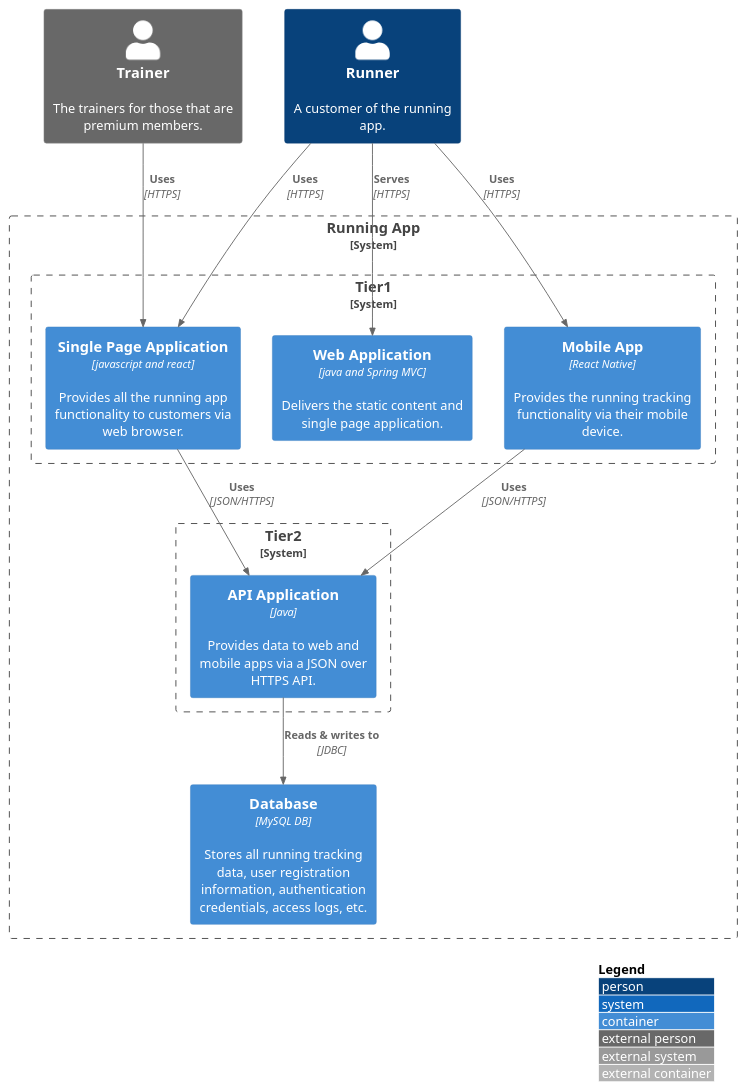
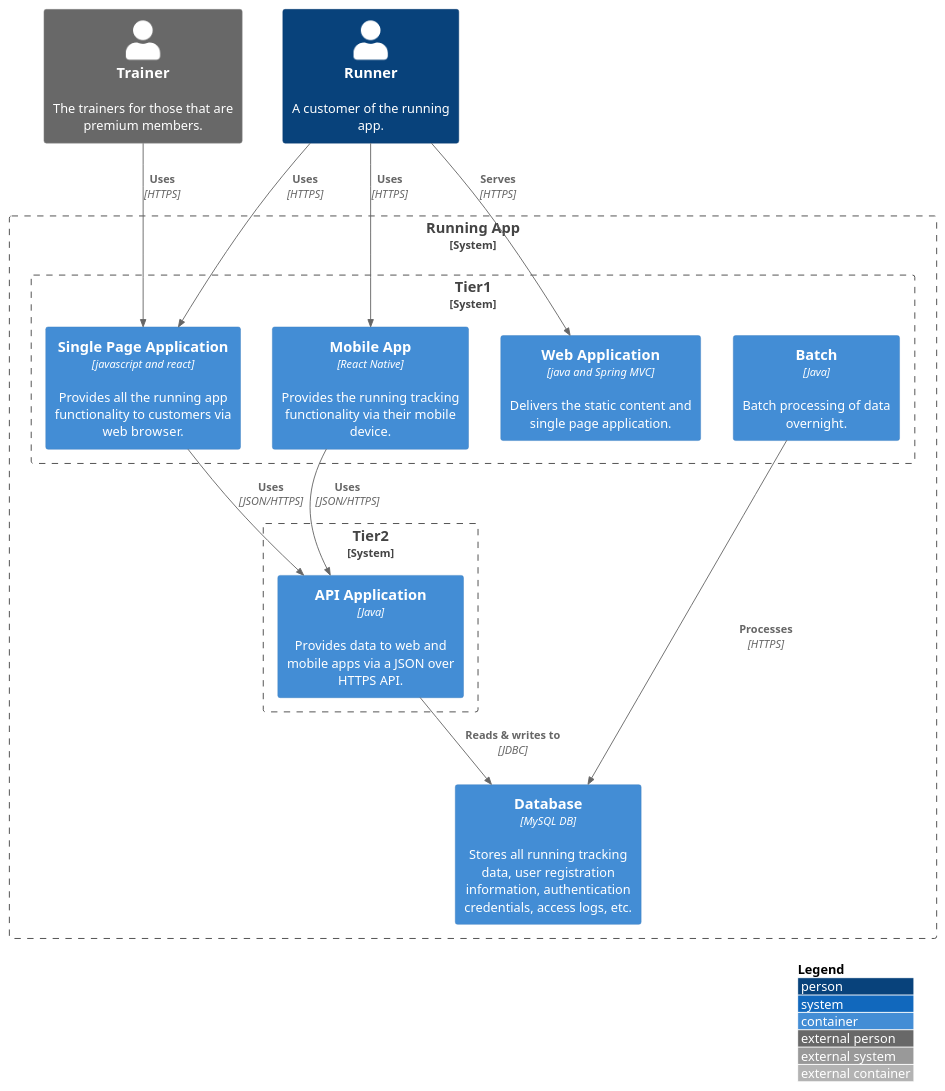
Before and after one commit to SilvioAmaral/SolutionAchitecture: the diagram in src/1 System Context Diagram/1.1 Container Diagram/container.puml, drawn with PlantUML. The commit also changed 5 other files, not shown here.

```diff
--- a/src/1 System Context Diagram/1.1 Container Diagram/container.puml
+++ b/src/1 System Context Diagram/1.1 Container Diagram/container.puml
@@ -1,31 +1,33 @@
 @startuml container
 !include ../../../C4-PlantUML/C4_Container.puml
 
 LAYOUT_WITH_LEGEND()
 
 Person(rnr, "Runner", "A customer of the running app.")
 Person_Ext(trn, "Trainer", "The trainers for those that are premium members.")
 System_Boundary(bnd, "Running App") {
     System_Boundary(tier1, "Tier1"){
         Container(web, "Web Application", "java and Spring MVC", "Delivers the static content and single page application.")
         Container(spa, "Single Page Application", "javascript and react", "Provides all the running app functionality to customers via web browser.")
         Container(mob, "Mobile App", "React Native", "Provides the running tracking functionality via their mobile device.")
+        Container(batch, "Batch", "Java", "Batch processing of data overnight.")
     }
 
     System_Boundary(tier2, "Tier2"){
         Container(api, "API Application", "Java", "Provides data to web and mobile apps via a JSON over HTTPS API.")        
     }
     
     Container(db, "Database", "MySQL DB", "Stores all running tracking data, user registration information, authentication credentials, access logs, etc.")
 
     Rel(api, db, "Reads & writes to", "JDBC")
     Rel(spa, api, "Uses", "JSON/HTTPS")
     Rel(mob, api, "Uses", "JSON/HTTPS")
 
 }
 
 Rel(rnr, web, "Serves", "HTTPS")
 Rel(rnr, spa, "Uses", "HTTPS")
 Rel(rnr, mob, "Uses", "HTTPS")
 Rel(trn, spa, "Uses", "HTTPS")
+Rel(batch, db, "Processes", "HTTPS")
 @enduml
```
